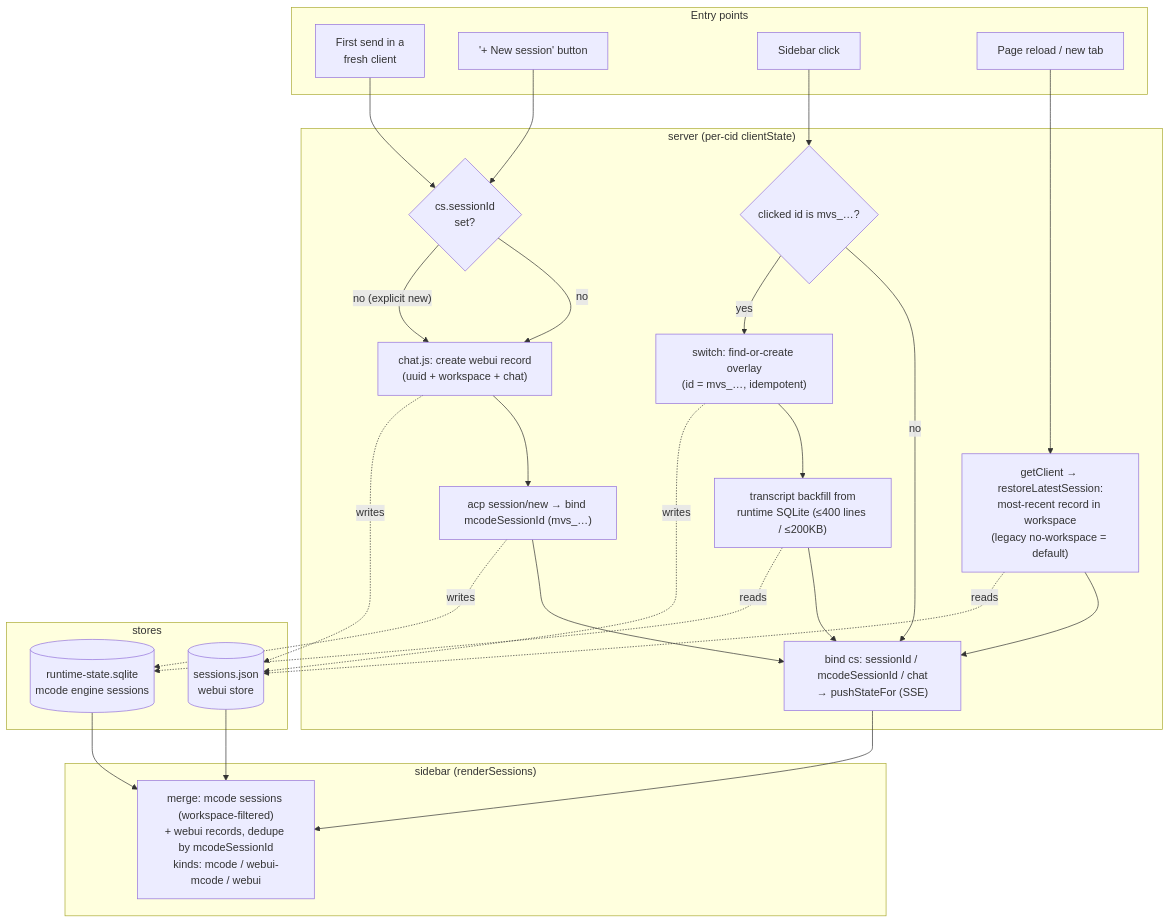
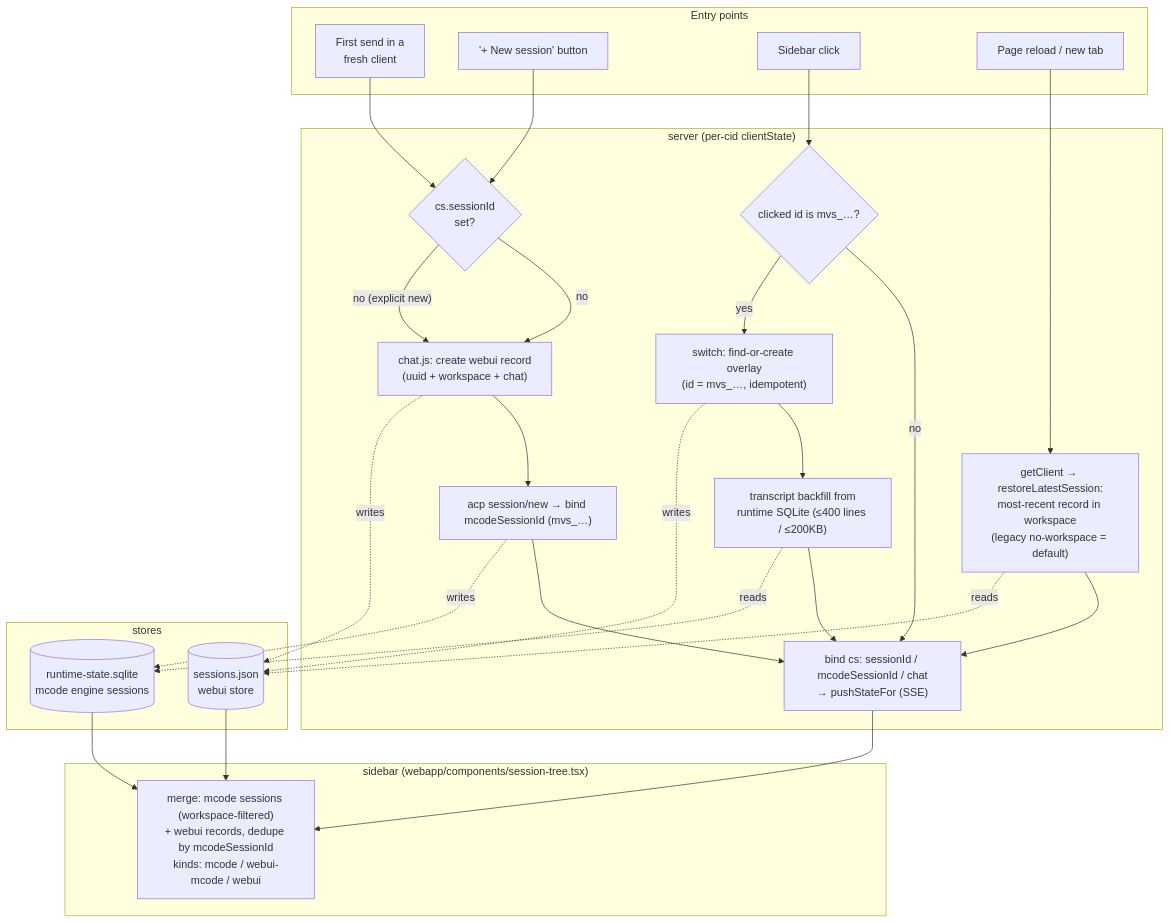
The fourth of 4 diagrams in packages/webui/docs/ARCHITECTURE.md (mcode-webui/minimax-code-web), drawn with Mermaid before and after one commit. The commit also changed other lines of this file and 1 other file, not shown here.

First line of the commit message:
docs(webui): correct twelve symbol citations in the architecture pair

````diff
--- a/packages/webui/docs/ARCHITECTURE.md
+++ b/packages/webui/docs/ARCHITECTURE.md
@@ -263,46 +265,46 @@
 ```mermaid
 flowchart TD
     subgraph ENTRY["Entry points"]
         A1["First send in a<br/>fresh client"]
         A2["'+ New session' button"]
         A3["Sidebar click"]
         A4["Page reload / new tab"]
     end
 
     subgraph SERVER["server (per-cid clientState)"]
         B{"cs.sessionId<br/>set?"}
         C["chat.js: create webui record<br/>(uuid + workspace + chat)"]
         D["acp session/new → bind mcodeSessionId (mvs_…)"]
         E["getClient → restoreLatestSession:<br/>most-recent record in workspace<br/>(legacy no-workspace = default)"]
         F{"clicked id is mvs_…?"}
         G["switch: find-or-create overlay<br/>(id = mvs_…, idempotent)"]
         H["transcript backfill from<br/>runtime SQLite (≤400 lines / ≤200KB)"]
         I["bind cs: sessionId / mcodeSessionId / chat<br/>→ pushStateFor (SSE)"]
     end
 
     subgraph STORES["stores"]
         J[("sessions.json<br/>webui store")]
         K[("runtime-state.sqlite<br/>mcode engine sessions")]
     end
 
-    subgraph SIDEBAR["sidebar (renderSessions)"]
+    subgraph SIDEBAR["sidebar (webapp/components/session-tree.tsx)"]
         L["merge: mcode sessions (workspace-filtered)<br/>+ webui records, dedupe by mcodeSessionId<br/>kinds: mcode / webui-mcode / webui"]
     end
 
     A1 --> B
     B -- "no" --> C --> D --> I
     A2 --> B
     B -- "no (explicit new)" --> C
     A3 --> F
     F -- "no" --> I
     F -- "yes" --> G --> H --> I
     A4 --> E --> I
     C -.writes.-> J
     D -.writes.-> K
     E -.reads.-> J
     G -.writes.-> J
     H -.reads.-> K
     J --> L
     K --> L
     I --> L
 ```
````
